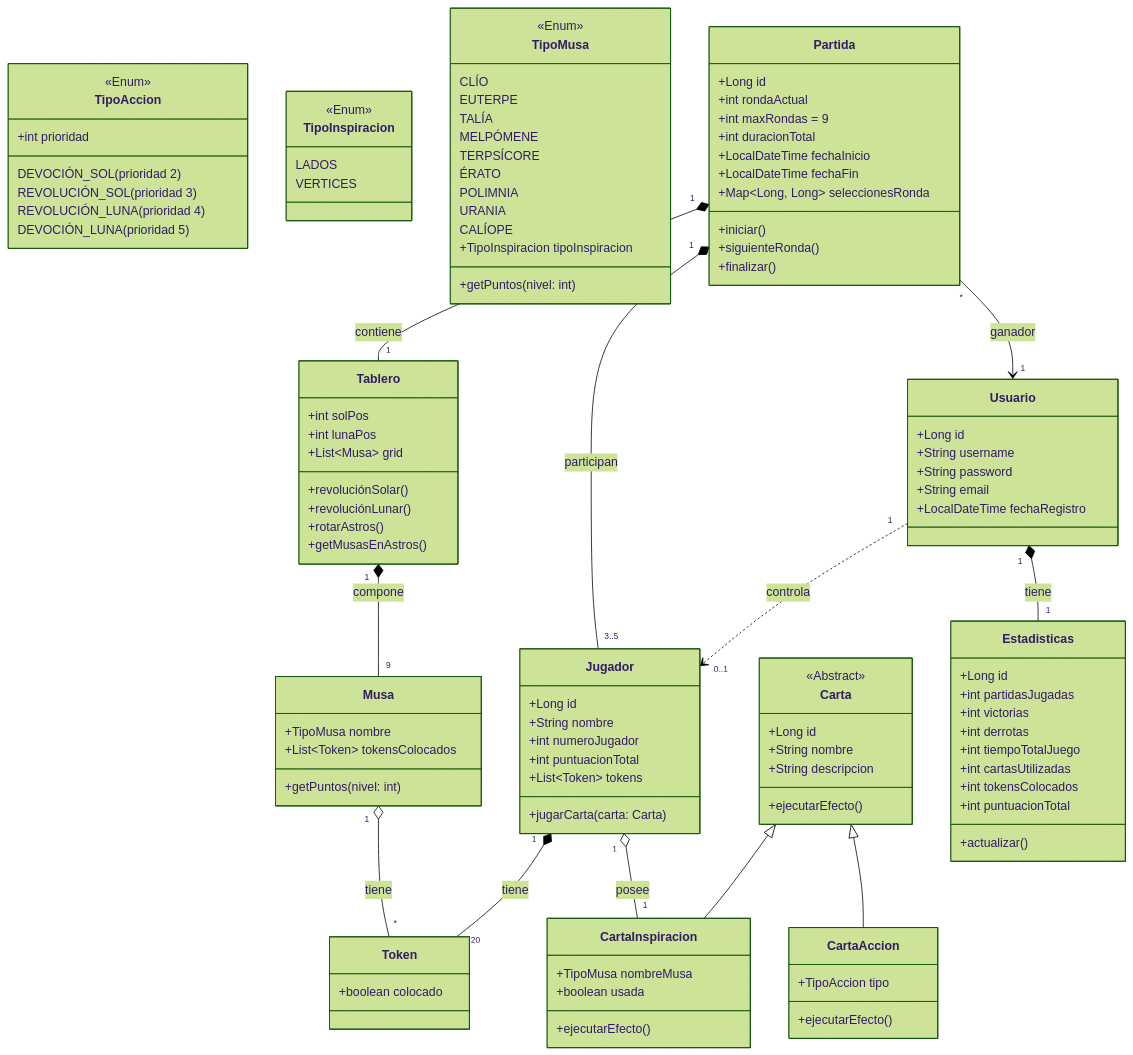
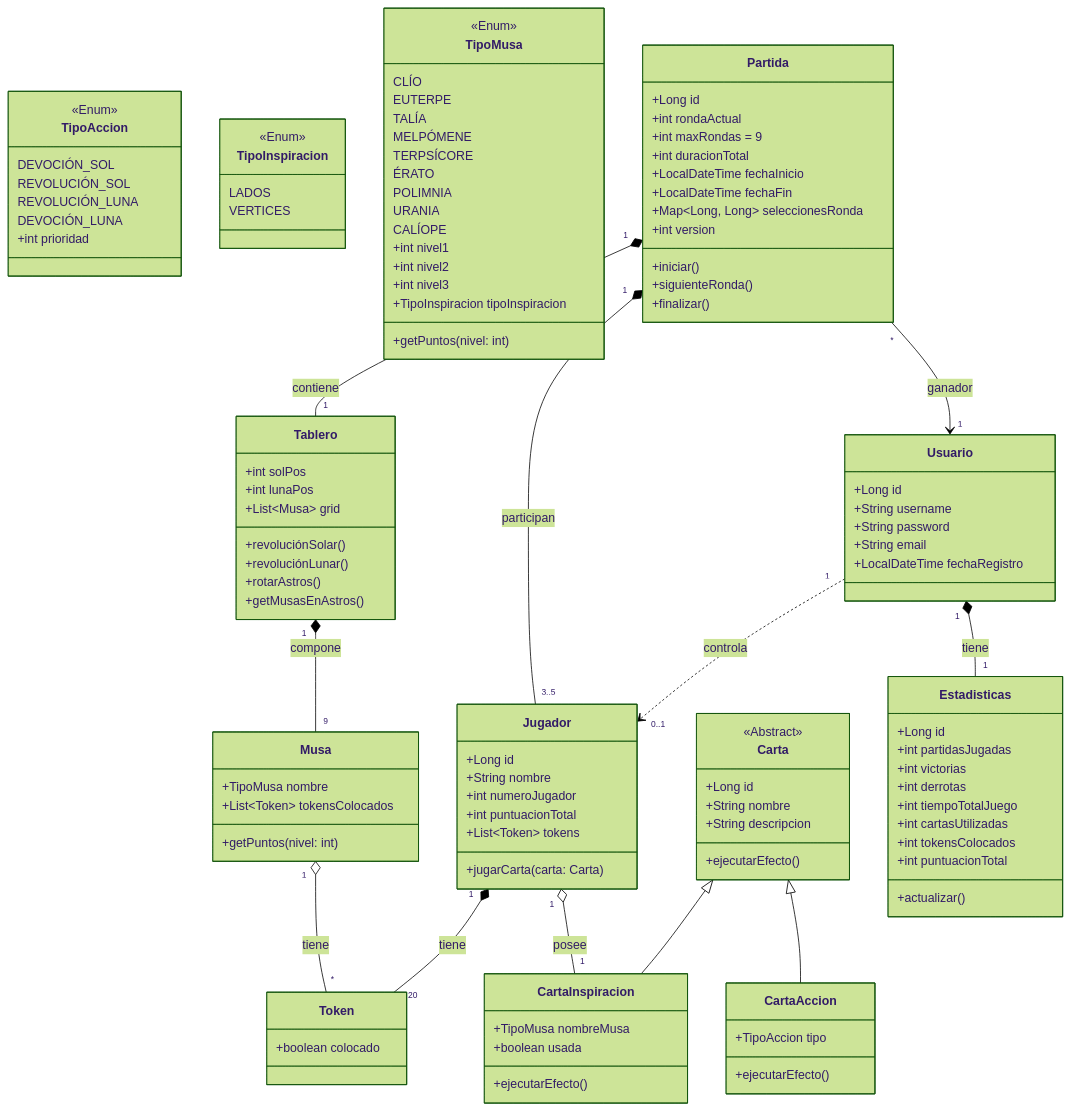
The diagram in docs/Análisis/Modelo de Dominio.md (PedroJimenezGuerrero/Muses_TFG), drawn with Mermaid (forest theme) before and after one commit.

Commit message:
docs: :memo: añade atributos de TipoMusa y Partida, elimina valores específicos de TipoAccion

```diff
--- a/docs/Análisis/Modelo de Dominio.md
+++ b/docs/Análisis/Modelo de Dominio.md
@@ -28,10 +28,10 @@
     %%% Dominio del juego
     class TipoAccion {
         <<Enum>>
-        DEVOCIÓN_SOL (prioridad 2)
-        REVOLUCIÓN_SOL (prioridad 3)
-        REVOLUCIÓN_LUNA (prioridad 4)
-        DEVOCIÓN_LUNA (prioridad 5)
+        DEVOCIÓN_SOL
+        REVOLUCIÓN_SOL
+        REVOLUCIÓN_LUNA
+        DEVOCIÓN_LUNA
         +int prioridad
     }
 
@@ -52,6 +52,9 @@
         POLIMNIA
         URANIA
         CALÍOPE
+        +int nivel1
+        +int nivel2
+        +int nivel3
         +TipoInspiracion tipoInspiracion
         +getPuntos(nivel: int)
     }
@@ -65,6 +68,7 @@
         +LocalDateTime fechaInicio
         +LocalDateTime fechaFin
         +Map~Long, Long~ seleccionesRonda
+        +int version
         +iniciar()
         +siguienteRonda()
         +finalizar()
```
